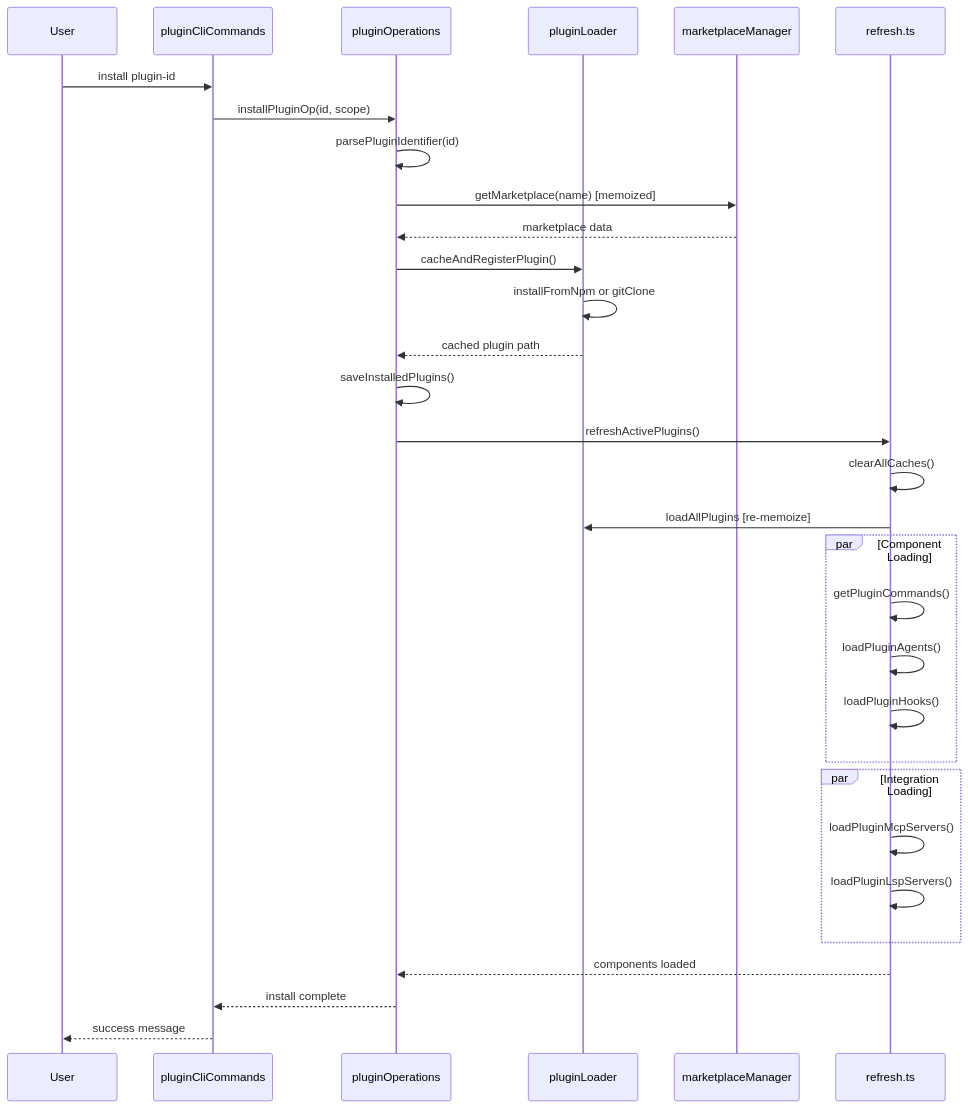
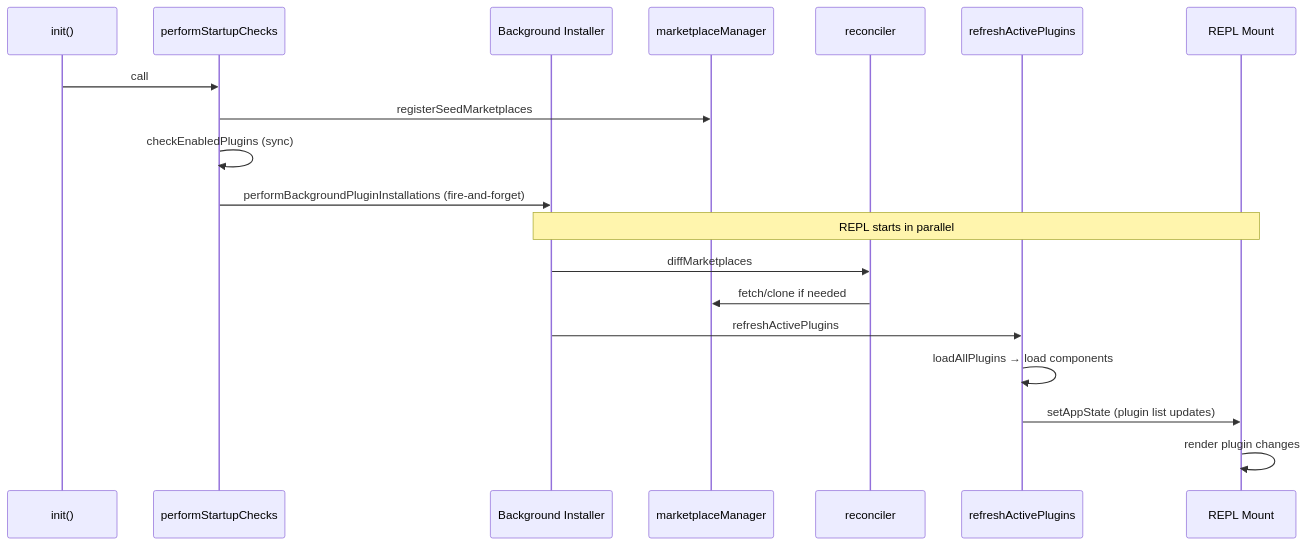
Before and after one commit to LiuYuuChen/clawcode_analysis: the fourth of 4 diagrams in branches/main/task-analyses/T-17-plugin-system.md, drawn with Mermaid. The commit also changed other lines of this file and 137 other files, not shown here.

````diff
--- a/branches/main/task-analyses/T-17-plugin-system.md
+++ b/branches/main/task-analyses/T-17-plugin-system.md
@@ -306,34 +431,22 @@
 ```mermaid
 sequenceDiagram
-    participant User
-    participant CLI as pluginCliCommands
-    participant Ops as pluginOperations
-    participant Loader as pluginLoader
-    participant Mgr as marketplaceManager
-    participant Refresh as refresh.ts
+    participant Init as init()
+    participant Startup as performStartupChecks
+    participant BG as Background Installer
+    participant MKT as marketplaceManager
+    participant Reconcile as reconciler
+    participant Refresh as refreshActivePlugins
+    participant REPL as REPL Mount
 
-    User->>CLI: install plugin-id
-    CLI->>Ops: installPluginOp(id, scope)
-    Ops->>Ops: parsePluginIdentifier(id)
-    Ops->>Mgr: getMarketplace(name) [memoized]
-    Mgr-->>Ops: marketplace data
-    Ops->>Loader: cacheAndRegisterPlugin()
-    Loader->>Loader: installFromNpm or gitClone
-    Loader-->>Ops: cached plugin path
-    Ops->>Ops: saveInstalledPlugins()
-    Ops->>Refresh: refreshActivePlugins()
-    Refresh->>Refresh: clearAllCaches()
-    Refresh->>Loader: loadAllPlugins [re-memoize]
-    par Component Loading
-        Refresh->>Refresh: getPluginCommands()
-        Refresh->>Refresh: loadPluginAgents()
-        Refresh->>Refresh: loadPluginHooks()
-    end
-    par Integration Loading
-        Refresh->>Refresh: loadPluginMcpServers()
-        Refresh->>Refresh: loadPluginLspServers()
-    end
-    Refresh-->>Ops: components loaded
-    Ops-->>CLI: install complete
-    CLI-->>User: success message
+    Init->>Startup: call
+    Startup->>MKT: registerSeedMarketplaces
+    Startup->>Startup: checkEnabledPlugins (sync)
+    Startup->>BG: performBackgroundPluginInstallations (fire-and-forget)
+    Note over REPL,BG: REPL starts in parallel
+    BG->>Reconcile: diffMarketplaces
+    Reconcile->>MKT: fetch/clone if needed
+    BG->>Refresh: refreshActivePlugins
+    Refresh->>Refresh: loadAllPlugins → load components
+    Refresh->>REPL: setAppState (plugin list updates)
+    REPL->>REPL: render plugin changes
 ```
````
